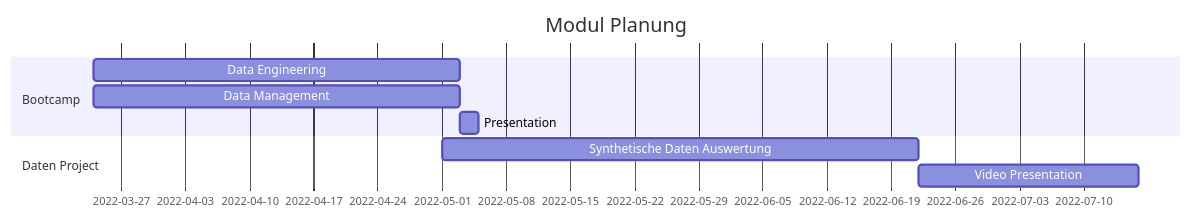
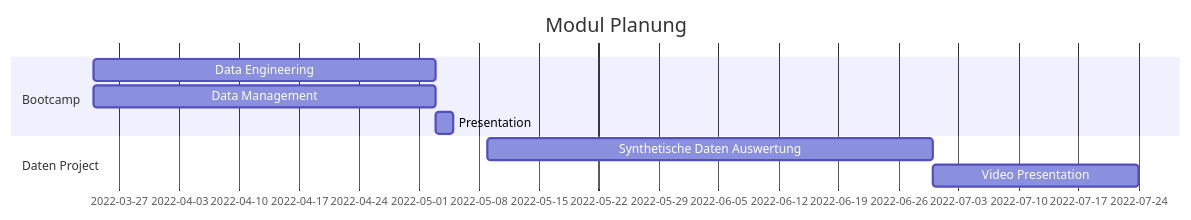
One commit to Fuenfgeld/DataManagement changed the second of 2 diagrams in README.md. Above: the diagram before and after it, drawn with Mermaid.

````diff
--- a/README.md
+++ b/README.md
@@ -20,13 +20,13 @@
 ```mermaid
 gantt
     title Modul Planung
     %% this is a comment
     dateFormat  YYYY-MM-DD
     section Bootcamp
     Data Engineering    :a1, 2022-03-24, 40d
     Data Management     :a2, 2022-03-24 , 40d
     Presentation        :after a1, 2d
     section Daten Project
-    Synthetische Daten Auswertung      :2022-05-01  , 52d
+    Synthetische Daten Auswertung      :2022-05-09  , 52d
     Video Presentation      : 24d
 ```
````
